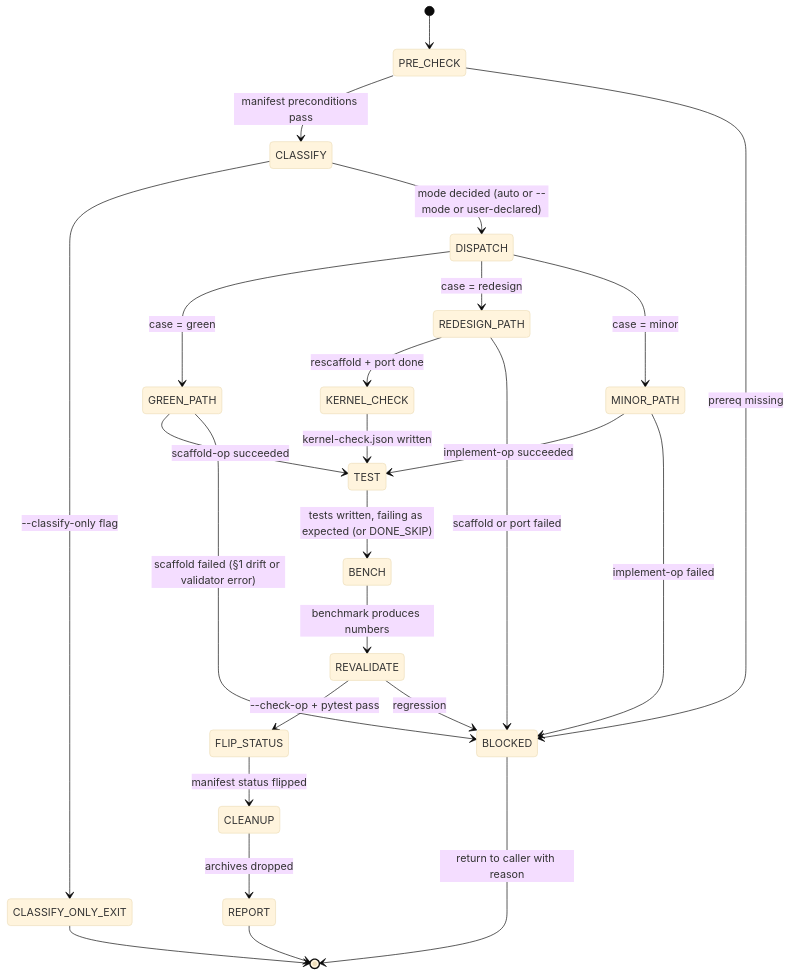
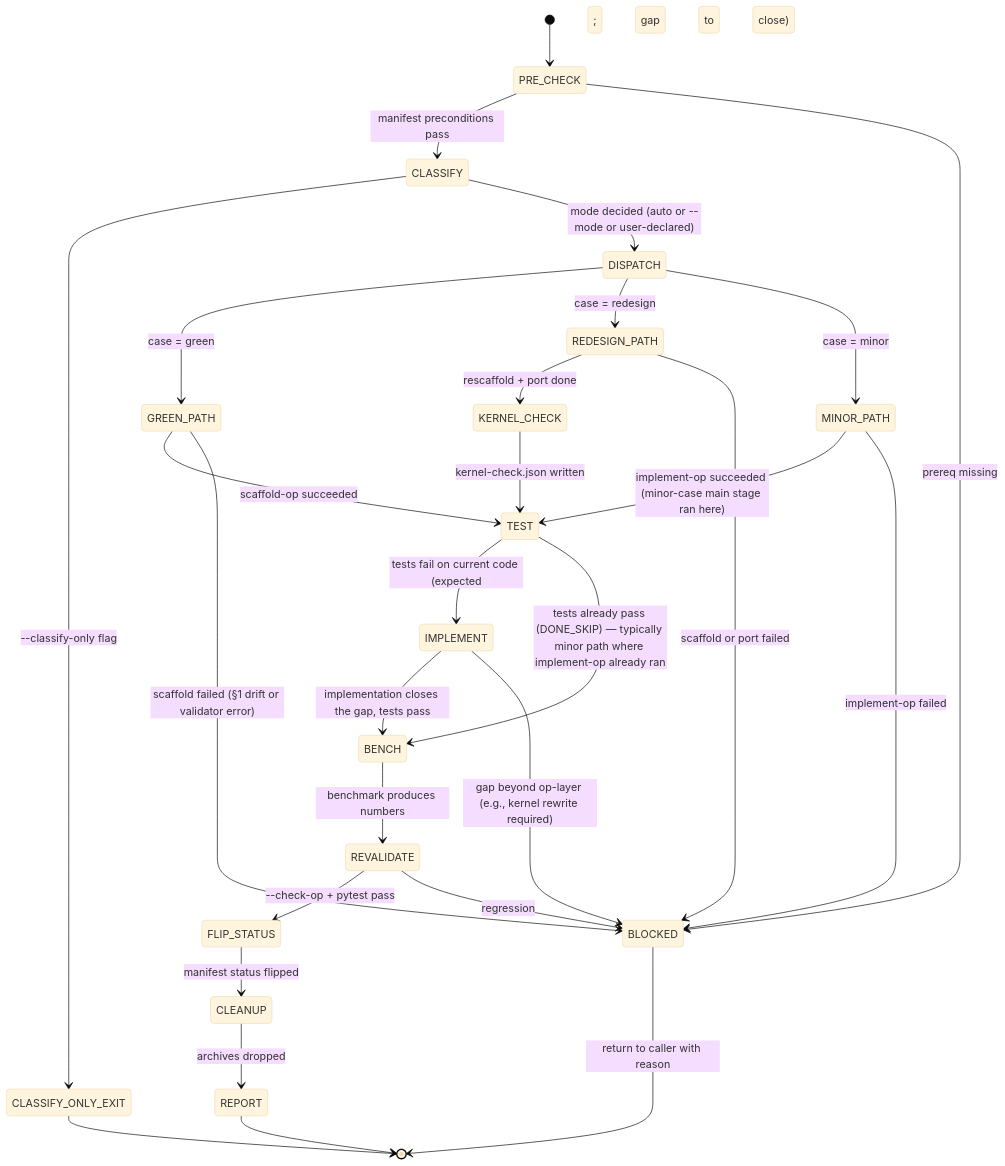
The diagram in .claude/skills/align-op/SKILL.md (tile-ai/TileOPs), drawn with Mermaid (base theme) before and after one commit. The commit also changed other lines of this file, not shown here.

````diff
--- a/.claude/skills/align-op/SKILL.md
+++ b/.claude/skills/align-op/SKILL.md
@@ -41,27 +47,30 @@
 ```mermaid
 stateDiagram-v2
     [*] --> PRE_CHECK
     PRE_CHECK --> CLASSIFY: manifest preconditions pass
     PRE_CHECK --> BLOCKED: prereq missing
     CLASSIFY --> CLASSIFY_ONLY_EXIT: --classify-only flag
     CLASSIFY --> DISPATCH: mode decided (auto or --mode or user-declared)
     DISPATCH --> GREEN_PATH: case = green
     DISPATCH --> REDESIGN_PATH: case = redesign
     DISPATCH --> MINOR_PATH: case = minor
     GREEN_PATH --> TEST: scaffold-op succeeded
     REDESIGN_PATH --> KERNEL_CHECK: rescaffold + port done
     KERNEL_CHECK --> TEST: kernel-check.json written
-    MINOR_PATH --> TEST: implement-op succeeded
-    TEST --> BENCH: tests written, failing as expected (or DONE_SKIP)
+    MINOR_PATH --> TEST: implement-op succeeded (minor-case main stage ran here)
+    TEST --> IMPLEMENT: tests fail on current code (expected; gap to close)
+    TEST --> BENCH: tests already pass (DONE_SKIP) — typically minor path where implement-op already ran
+    IMPLEMENT --> BENCH: implementation closes the gap, tests pass
+    IMPLEMENT --> BLOCKED: gap beyond op-layer (e.g., kernel rewrite required)
     BENCH --> REVALIDATE: benchmark produces numbers
     REVALIDATE --> FLIP_STATUS: --check-op + pytest pass
     REVALIDATE --> BLOCKED: regression
     FLIP_STATUS --> CLEANUP: manifest status flipped
     CLEANUP --> REPORT: archives dropped
     REPORT --> [*]
     CLASSIFY_ONLY_EXIT --> [*]
     GREEN_PATH --> BLOCKED: scaffold failed (§1 drift or validator error)
     REDESIGN_PATH --> BLOCKED: scaffold or port failed
     MINOR_PATH --> BLOCKED: implement-op failed
     BLOCKED --> [*]: return to caller with reason
 ```
````
